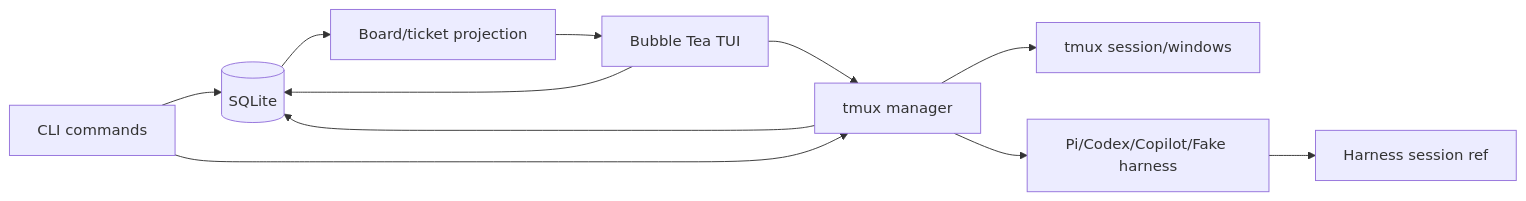
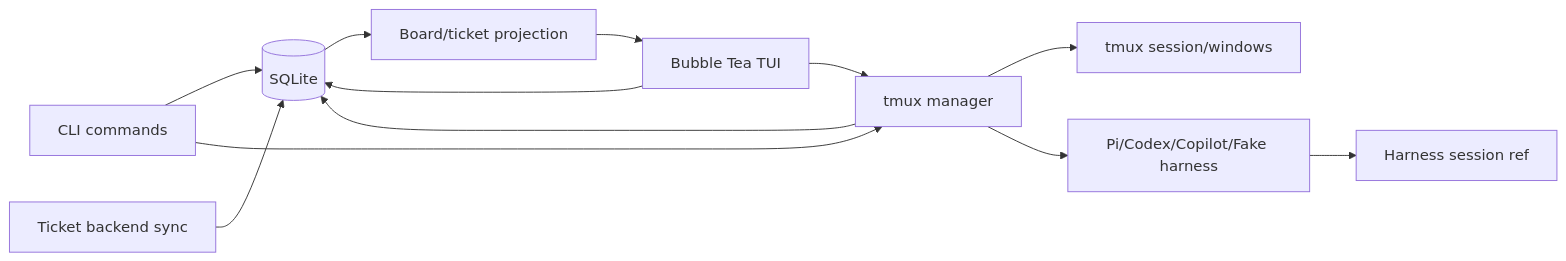
One commit to carlotran4/kanbi changed the first of 5 diagrams in docs/architecture.md. Above: the diagram before and after it, drawn with Mermaid. The commit also changed other lines of this file and 10 other files, not shown here.

Commit message:
Add ticket backend architecture skeleton

````diff
--- a/docs/architecture.md
+++ b/docs/architecture.md
@@ -7,13 +7,14 @@
 ```mermaid
 flowchart LR
     CLI[CLI commands] --> Store[(SQLite)]
     TUI[Bubble Tea TUI] --> Store
     TUI --> Manager[tmux manager]
     CLI --> Manager
     Manager --> Tmux[tmux session/windows]
     Manager --> Harness[Pi/Codex/Copilot/Fake harness]
     Harness --> Ref[Harness session ref]
     Manager --> Store
     Store --> Projection[Board/ticket projection]
     Projection --> TUI
+    Sync[Ticket backend sync] --> Store
 ```
````
